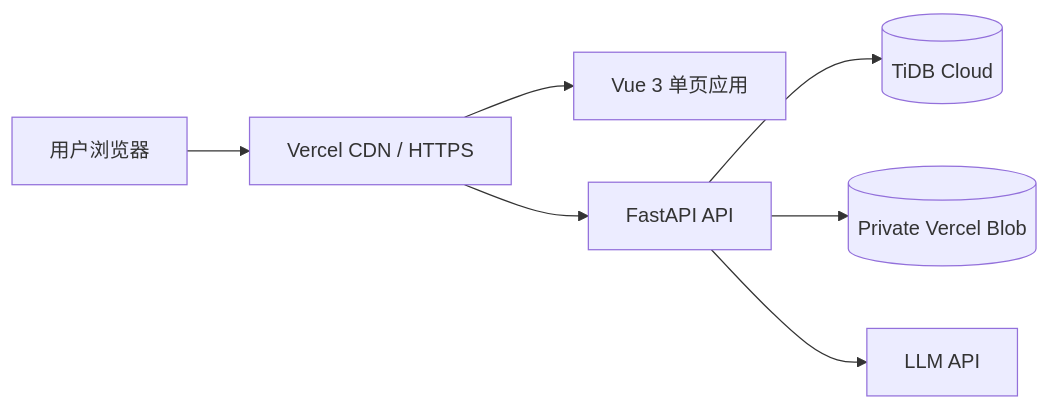
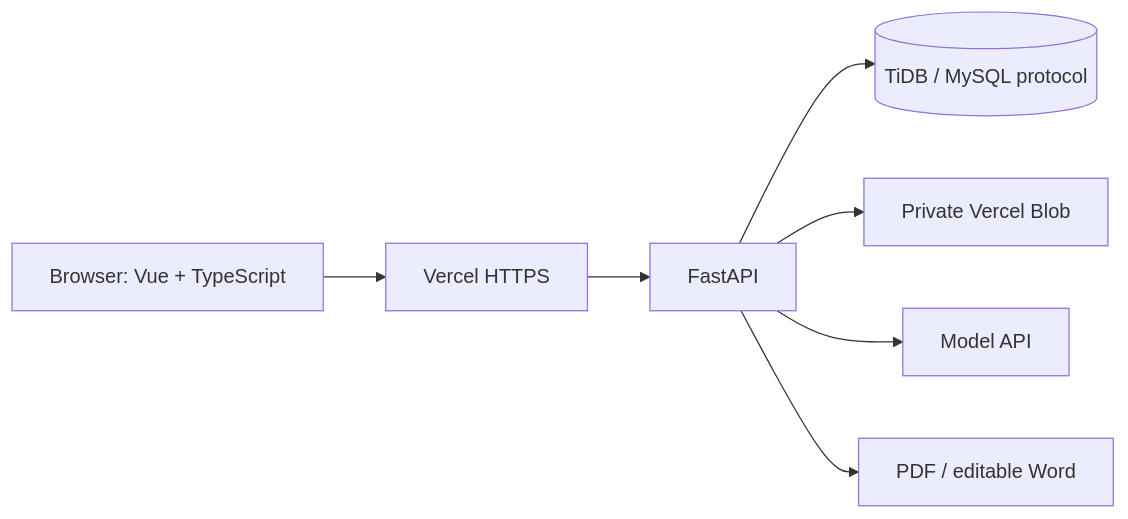
The second of 2 diagrams in README.md (tianyuq94-pixel/zhitu-resume), drawn with Mermaid before and after one commit. The commit also changed other lines of this file and 32 other files, not shown here.

````diff
--- a/README.md
+++ b/README.md
@@ -40,9 +68,9 @@
 ```mermaid
 flowchart LR
-    U[用户浏览器] --> E[Vercel CDN / HTTPS]
-    E --> F[Vue 3 单页应用]
-    E --> A[FastAPI API]
-    A --> DB[(TiDB Cloud)]
-    A --> BS[(Private Vercel Blob)]
-    A --> AI[LLM API]
+  B[Browser: Vue + TypeScript] --> V[Vercel HTTPS]
+  V --> API[FastAPI]
+  API --> DB[(TiDB / MySQL protocol)]
+  API --> FILE[Private Vercel Blob]
+  API --> LLM[Model API]
+  API --> OUT[PDF / editable Word]
 ```
````
